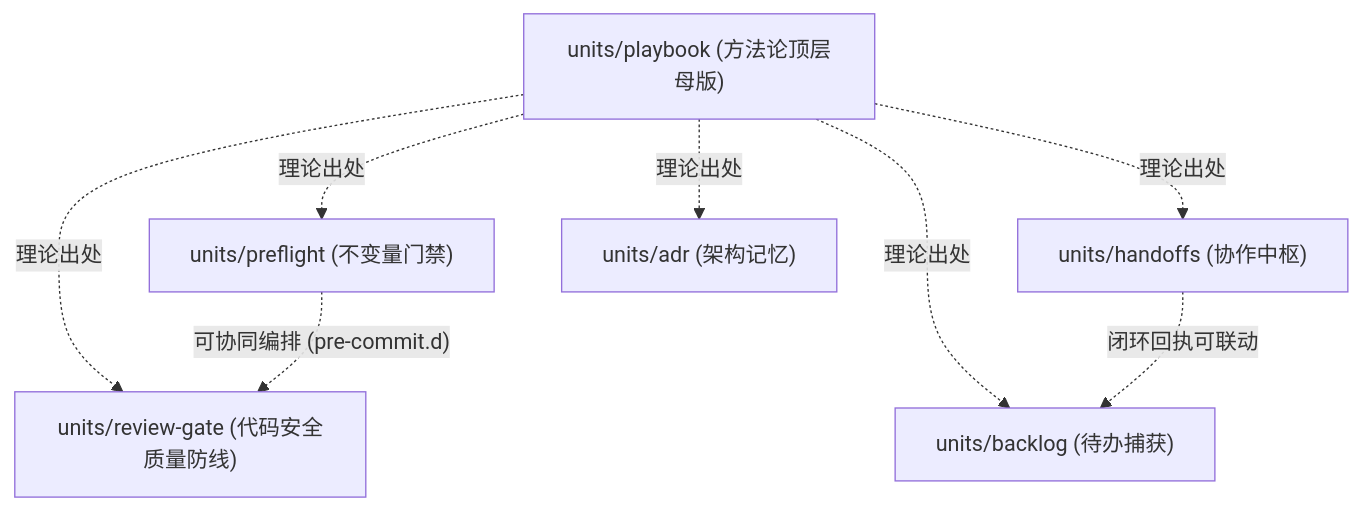
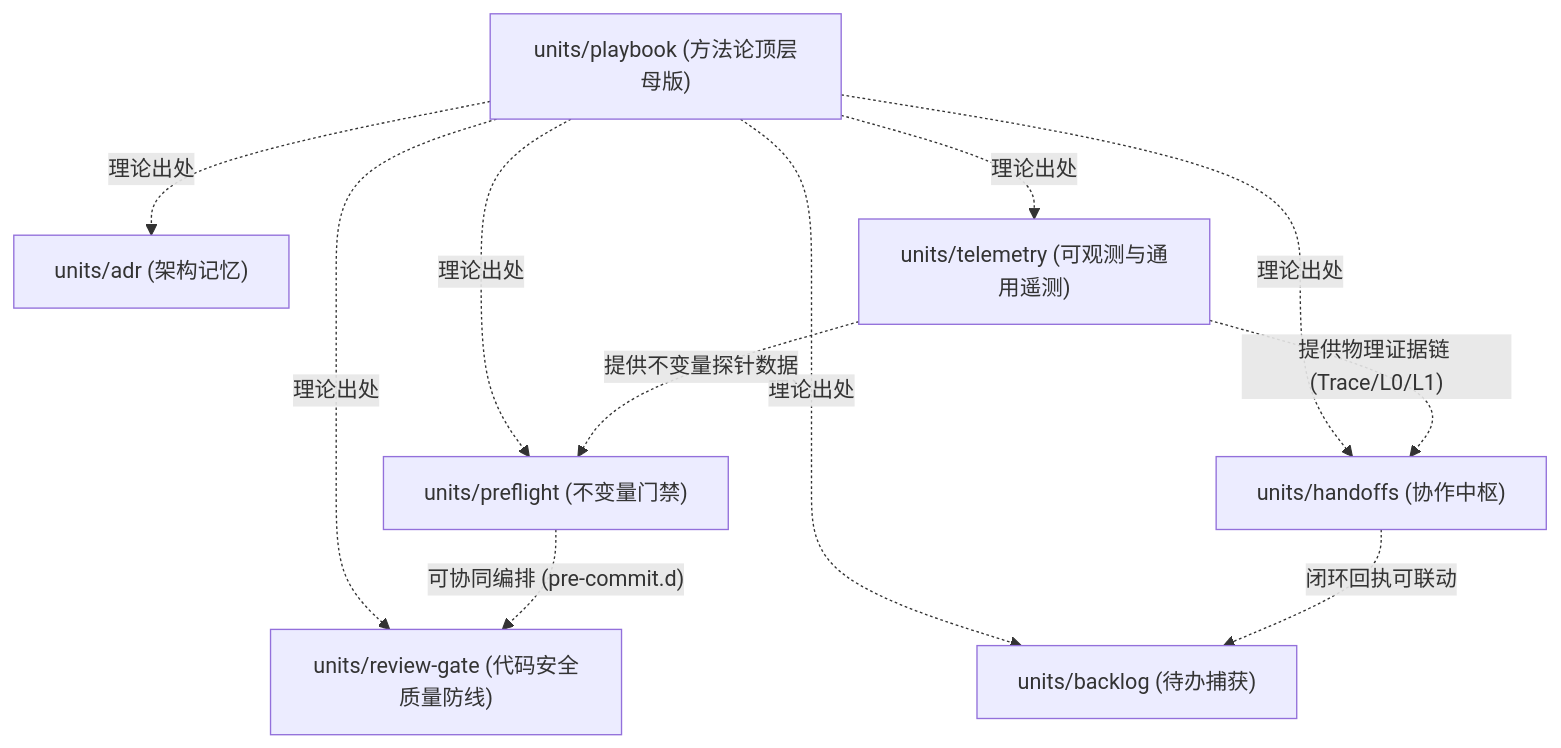
One commit to ChurzeXo/ReasonWeave changed the diagram in group/architecture/dependency-graph.md. Above: the diagram before and after it, drawn with Mermaid. The commit also changed other lines of this file and 9 other files, not shown here.

First line of the commit message:
feat(telemetry): initialize universal telemetry unit and correlation schema

````diff
--- a/group/architecture/dependency-graph.md
+++ b/group/architecture/dependency-graph.md
@@ -7,19 +7,23 @@
 ```mermaid
 graph TD
     PLAYBOOK["units/playbook (方法论顶层母版)"]
     
     HANDOFFS["units/handoffs (协作中枢)"]
     PREFLIGHT["units/preflight (不变量门禁)"]
     REVIEW["units/review-gate (代码安全质量防线)"]
     ADR["units/adr (架构记忆)"]
     BACKLOG["units/backlog (待办捕获)"]
+    TELEMETRY["units/telemetry (可观测与通用遥测)"]
     
     PLAYBOOK -.->|"理论出处"| PREFLIGHT
     PLAYBOOK -.->|"理论出处"| REVIEW
     PLAYBOOK -.->|"理论出处"| ADR
     PLAYBOOK -.->|"理论出处"| BACKLOG
     PLAYBOOK -.->|"理论出处"| HANDOFFS
+    PLAYBOOK -.->|"理论出处"| TELEMETRY
     
     PREFLIGHT -.->|"可协同编排 (pre-commit.d)"| REVIEW
     HANDOFFS -.->|"闭环回执可联动"| BACKLOG
+    TELEMETRY -.->|"提供物理证据链 (Trace/L0/L1)"| HANDOFFS
+    TELEMETRY -.->|"提供不变量探针数据"| PREFLIGHT
 ```
````
